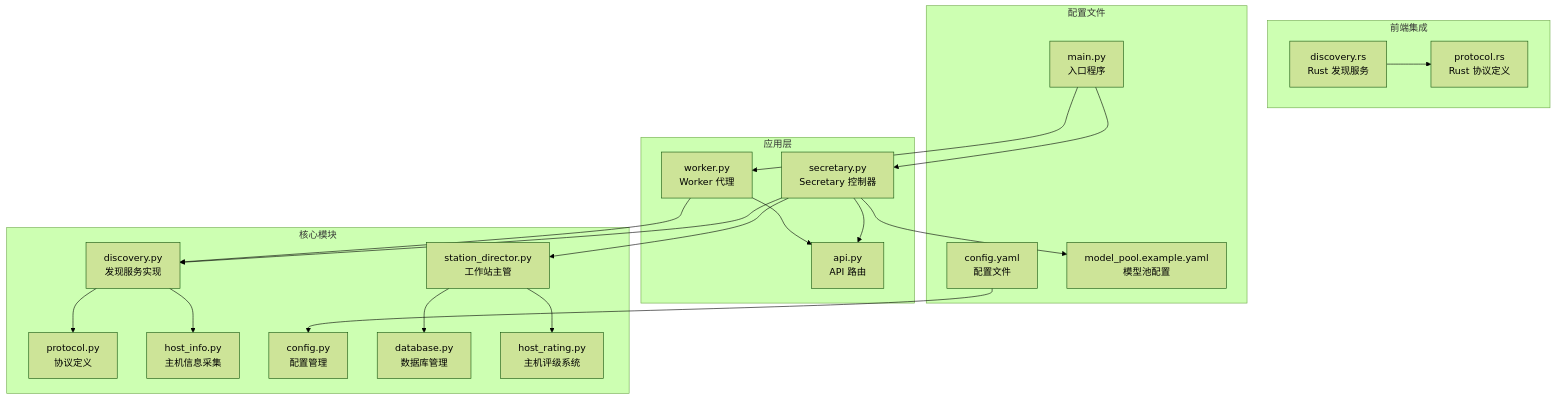
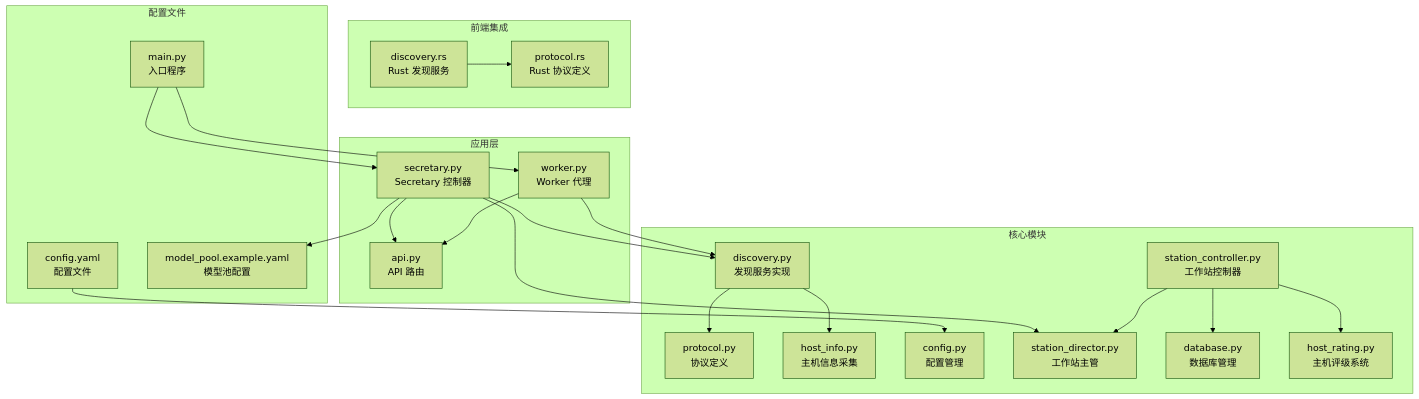
One commit to targalian/Personal-distributed-workstation changed the first of 18 diagrams in .qoder/repowiki/zh/content/核心模块/设备发现系统.md. Above: the diagram before and after it, drawn with Mermaid (forest theme). The commit also changed other lines of this file and 117 other files, not shown here.

````diff
--- a/.qoder/repowiki/zh/content/核心模块/设备发现系统.md
+++ b/.qoder/repowiki/zh/content/核心模块/设备发现系统.md
@@ -55,40 +62,42 @@
 ```mermaid
 graph TB
 subgraph "核心模块"
 A[discovery.py<br/>发现服务实现]
 B[protocol.py<br/>协议定义]
 C[host_info.py<br/>主机信息采集]
 D[config.py<br/>配置管理]
-E[station_director.py<br/>工作站主管]
-F[database.py<br/>数据库管理]
-G[host_rating.py<br/>主机评级系统]
+E[station_controller.py<br/>工作站控制器]
+F[station_director.py<br/>工作站主管]
+G[database.py<br/>数据库管理]
+H[host_rating.py<br/>主机评级系统]
 end
 subgraph "应用层"
-H[secretary.py<br/>Secretary 控制器]
-I[worker.py<br/>Worker 代理]
-J[api.py<br/>API 路由]
+I[secretary.py<br/>Secretary 控制器]
+J[worker.py<br/>Worker 代理]
+K[api.py<br/>API 路由]
 end
 subgraph "前端集成"
-K[discovery.rs<br/>Rust 发现服务]
-L[protocol.rs<br/>Rust 协议定义]
+L[discovery.rs<br/>Rust 发现服务]
+M[protocol.rs<br/>Rust 协议定义]
 end
 subgraph "配置文件"
-M[config.yaml<br/>配置文件]
-N[main.py<br/>入口程序]
-O[model_pool.example.yaml<br/>模型池配置]
+N[config.yaml<br/>配置文件]
+O[main.py<br/>入口程序]
+P[model_pool.example.yaml<br/>模型池配置]
 end
 A --> B
 A --> C
-H --> A
-H --> E
 I --> A
-H --> J
-I --> J
+I --> F
+J --> A
+I --> K
+J --> K
+E --> G
+E --> H
 E --> F
-E --> G
-K --> L
-M --> D
-N --> H
-N --> I
-H --> O
+L --> M
+N --> D
+O --> I
+O --> J
+I --> P
 ```
````
